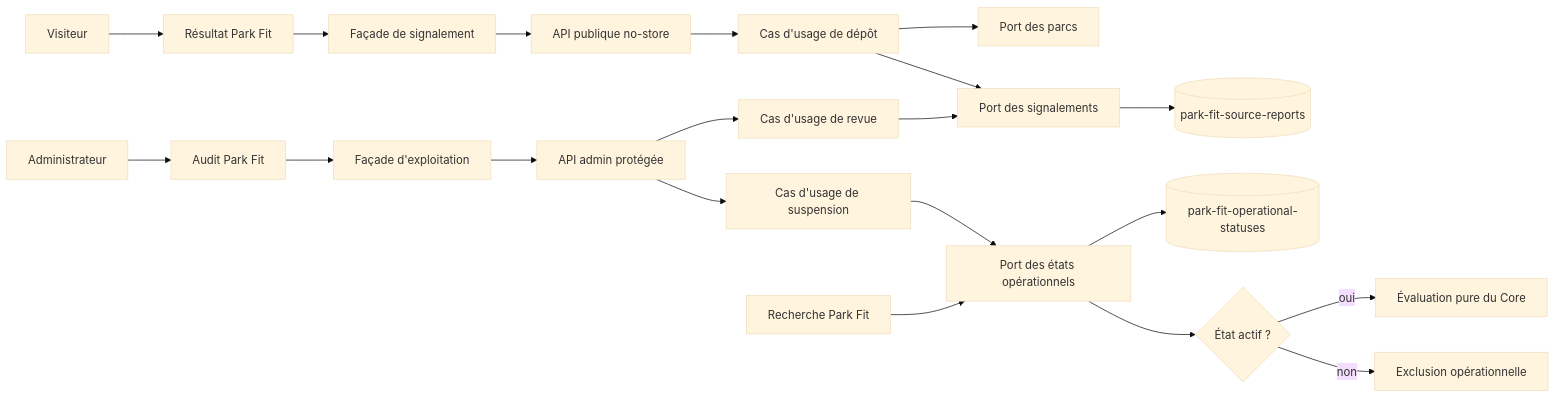
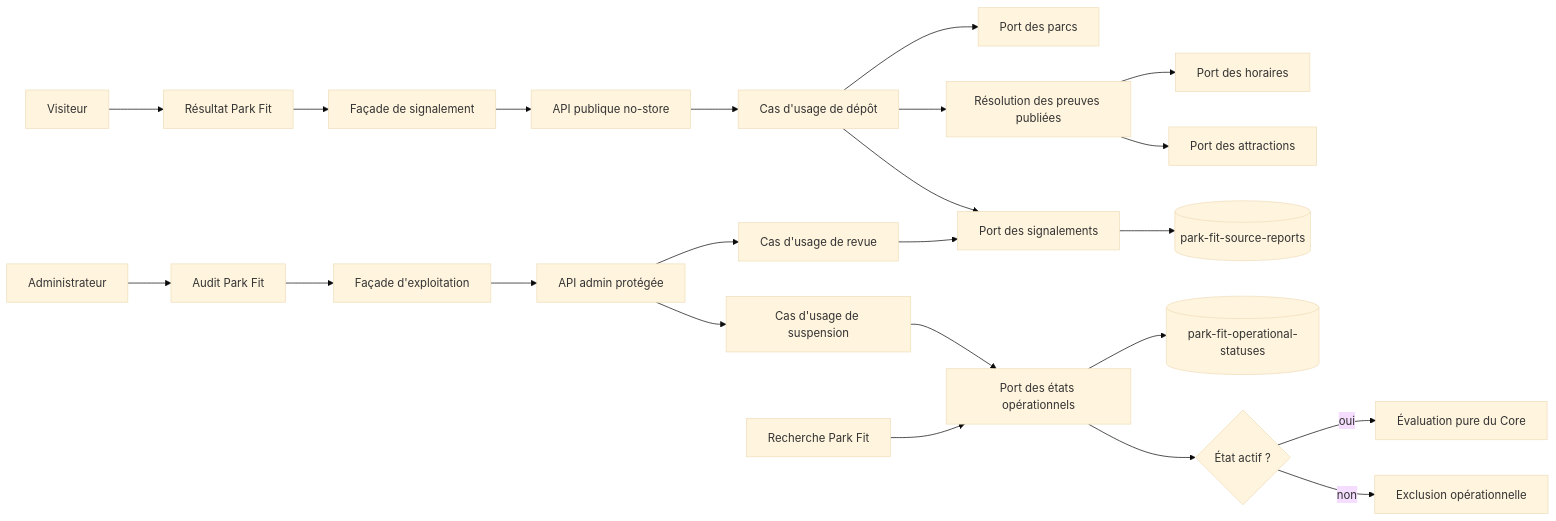
One commit to Ced59/AmusementParkProject changed the first of 5 diagrams in docs/architecture/product-growth-fit-13-sources-reports-suspension-2026-09-14.md. Above: the diagram before and after it, drawn with Mermaid (base theme). The commit also changed other lines of this file and 7 other files, not shown here.

````diff
--- a/docs/architecture/product-growth-fit-13-sources-reports-suspension-2026-09-14.md
+++ b/docs/architecture/product-growth-fit-13-sources-reports-suspension-2026-09-14.md
@@ -75,24 +79,27 @@
 ```mermaid
 flowchart LR
     Visitor[Visiteur] --> PublicUI[Résultat Park Fit]
     PublicUI --> ReportFacade[Façade de signalement]
     ReportFacade --> PublicAPI[API publique no-store]
     PublicAPI --> SubmitHandler[Cas d'usage de dépôt]
     SubmitHandler --> Parks[Port des parcs]
+    SubmitHandler --> Evidence[Résolution des preuves publiées]
+    Evidence --> Hours[Port des horaires]
+    Evidence --> Items[Port des attractions]
     SubmitHandler --> Reports[Port des signalements]
     Reports --> MongoReports[(park-fit-source-reports)]
 
     Admin[Administrateur] --> AdminUI[Audit Park Fit]
     AdminUI --> AdminFacade[Façade d'exploitation]
     AdminFacade --> AdminAPI[API admin protégée]
     AdminAPI --> ReviewHandler[Cas d'usage de revue]
     AdminAPI --> StatusHandler[Cas d'usage de suspension]
     ReviewHandler --> Reports
     StatusHandler --> Statuses[Port des états opérationnels]
     Statuses --> MongoStatuses[(park-fit-operational-statuses)]
 
     Search[Recherche Park Fit] --> Statuses
     Statuses --> Gate{État actif ?}
     Gate -->|oui| Core[Évaluation pure du Core]
     Gate -->|non| Excluded[Exclusion opérationnelle]
 ```
````
